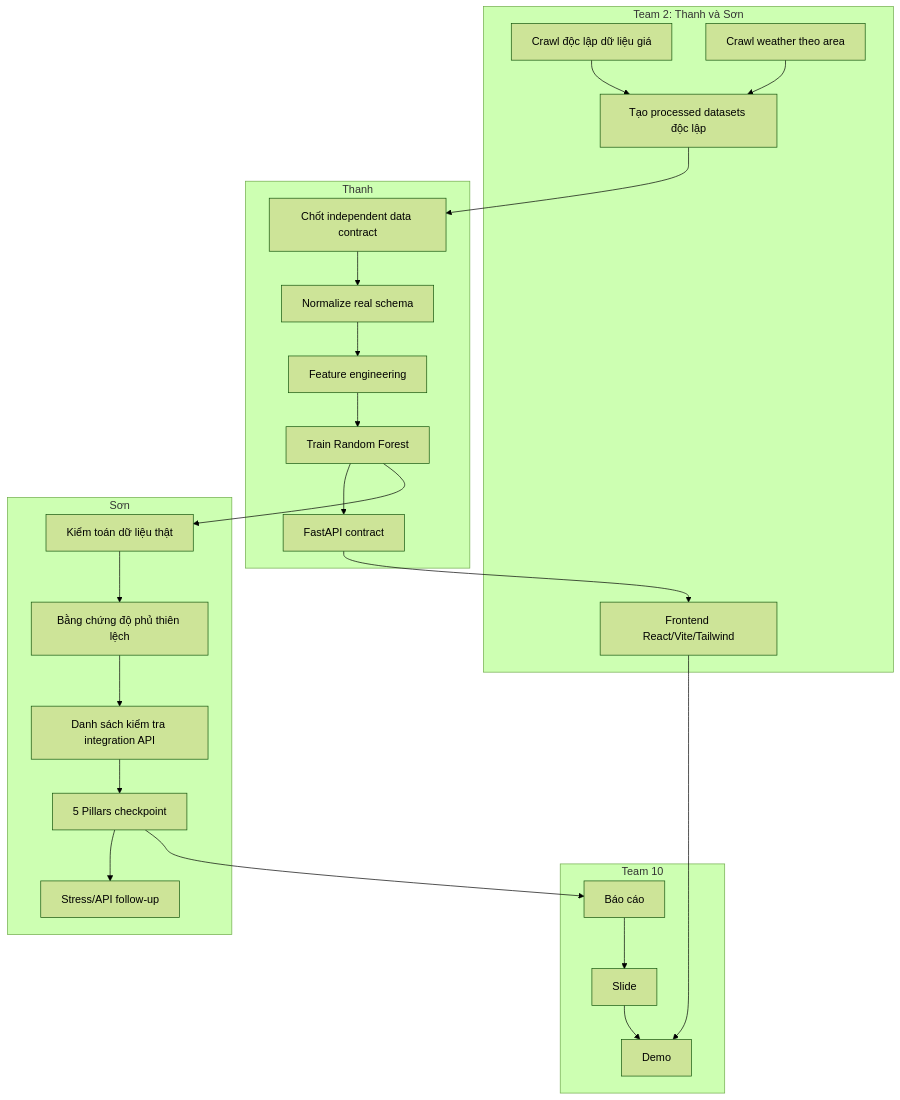
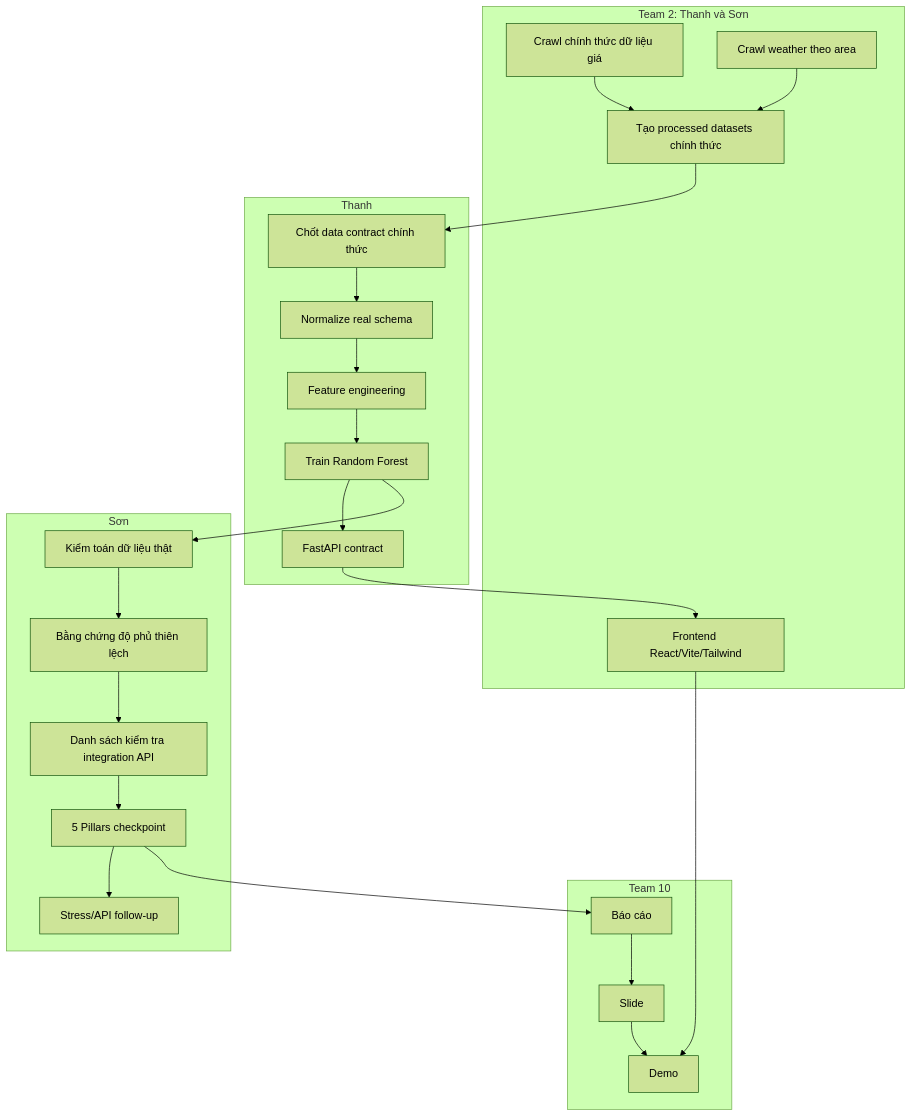
One commit to uit-25730067-chithanh/AI002-Team22-DT10 changed the fourth of 8 diagrams in docs/project-roadmap.md. Above: the diagram before and after it, drawn with Mermaid (forest theme). The commit also changed other lines of this file and 129 other files, not shown here.

Commit message:
refactor: remove legacy independent crawler components, standardize data pipeline contracts, and update documentation

````diff
--- a/docs/project-roadmap.md
+++ b/docs/project-roadmap.md
@@ -104,41 +104,41 @@
 ```mermaid
 flowchart TD
     subgraph T2Data[Team 2: Thanh và Sơn]
-        A1[Crawl độc lập dữ liệu giá]
+        A1[Crawl chính thức dữ liệu giá]
         A2[Crawl weather theo area]
-        A3[Tạo processed datasets độc lập]
+        A3[Tạo processed datasets chính thức]
         A4[Frontend React/Vite/Tailwind]
     end
 
     subgraph Thanh[Thanh]
-        B1[Chốt independent data contract]
+        B1[Chốt data contract chính thức]
         B2[Normalize real schema]
         B3[Feature engineering]
         B4[Train Random Forest]
         B5[FastAPI contract]
     end
 
     subgraph Son[Sơn]
         C1[Kiểm toán dữ liệu thật]
         C2[Bằng chứng độ phủ thiên lệch]
         C3[Danh sách kiểm tra integration API]
         C4[5 Pillars checkpoint]
         C5[Stress/API follow-up]
     end
 
     subgraph Team[Team 10]
         D1[Báo cáo]
         D2[Slide]
         D3[Demo]
     end
 
     A1 --> A3
     A2 --> A3
     A3 --> B1
     B1 --> B2 --> B3 --> B4 --> B5
     B4 --> C1 --> C2 --> C3 --> C4 --> C5
     B5 --> A4
     C4 --> D1
     A4 --> D3
     D1 --> D2 --> D3
 ```
````
